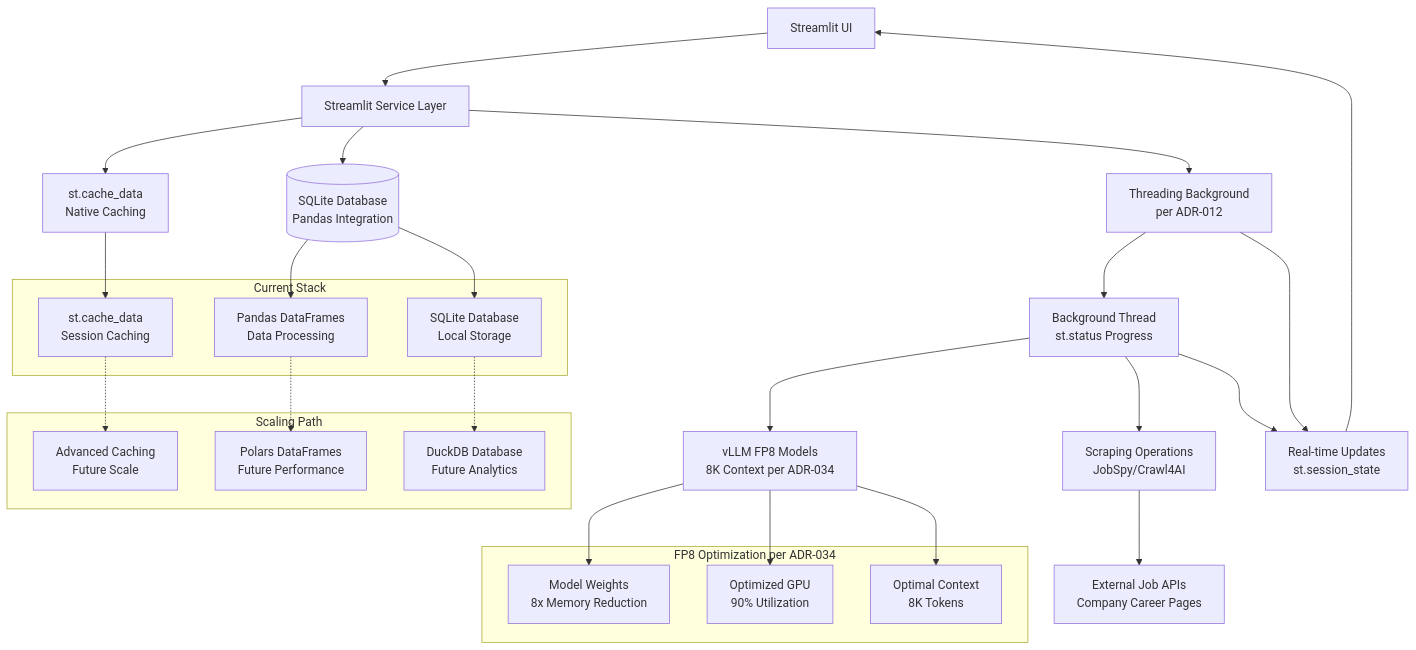
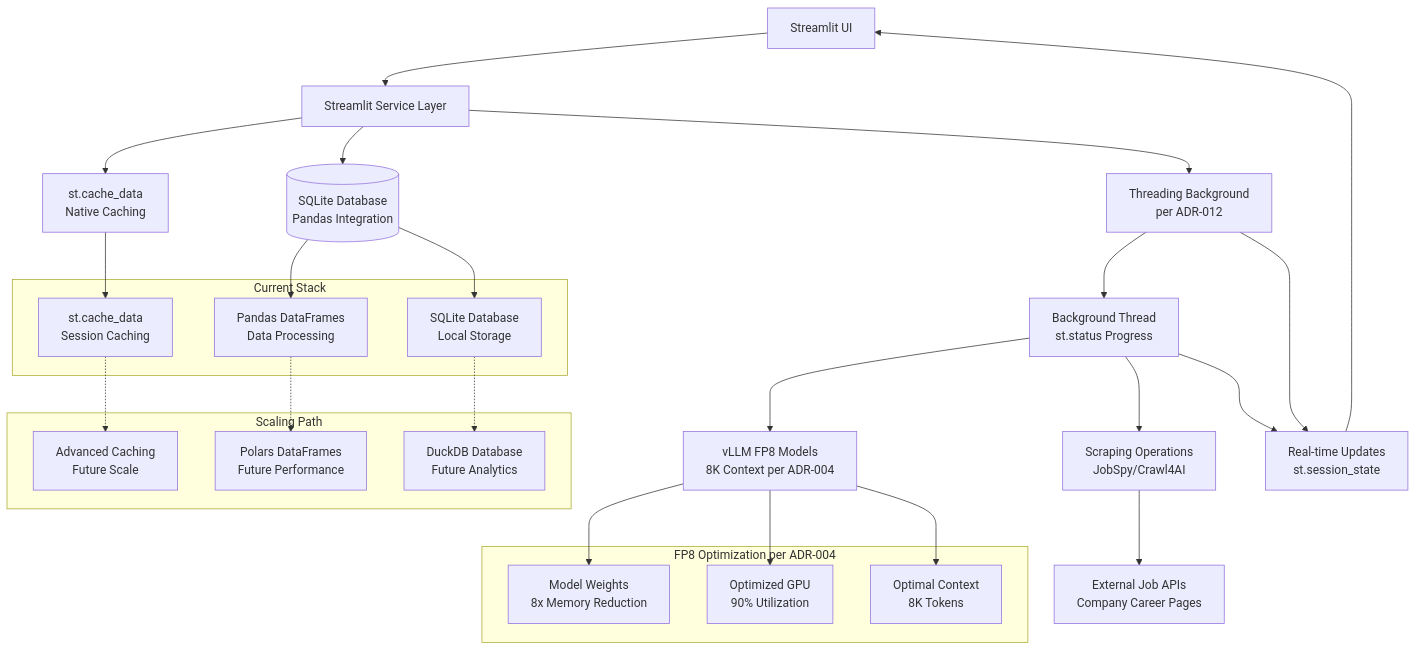
The diagram in docs/adrs/ADR-025-performance-scale-strategy.md (BjornMelin/ai-job-scraper), drawn with Mermaid before and after one commit. The commit also changed other lines of this file and 11 other files, not shown here.

First line of the commit message:
docs: consolidate and archive redundant ADRs for streamlined architecture

````diff
--- a/docs/adrs/ADR-025-performance-scale-strategy.md
+++ b/docs/adrs/ADR-025-performance-scale-strategy.md
@@ -94,48 +94,48 @@
 ```mermaid
 graph TB
     UI[Streamlit UI] --> API[Streamlit Service Layer]
     API --> Cache[st.cache_data<br/>Native Caching]
     API --> DB[(SQLite Database<br/>Pandas Integration)]
     API --> BG[Threading Background<br/>per ADR-012]
     
     BG --> Thread1[Background Thread<br/>st.status Progress]
     BG --> Progress[Real-time Updates<br/>st.session_state]
     
-    Thread1 --> AIModels[vLLM FP8 Models<br/>8K Context per ADR-034]
+    Thread1 --> AIModels[vLLM FP8 Models<br/>8K Context per ADR-004]
     Thread1 --> Scraper[Scraping Operations<br/>JobSpy/Crawl4AI]
     
     Scraper --> External[External Job APIs<br/>Company Career Pages]
     
     Progress --> UI
     Thread1 --> Progress
     
     subgraph "Current Stack"
         S1[Pandas DataFrames<br/>Data Processing]
         S2[SQLite Database<br/>Local Storage]
         S3[st.cache_data<br/>Session Caching]
     end
     
     DB --> S1
     DB --> S2
     Cache --> S3
     
     subgraph "Scaling Path"
         P1[Polars DataFrames<br/>Future Performance]
         P2[DuckDB Database<br/>Future Analytics]
         P3[Advanced Caching<br/>Future Scale]
     end
     
     S1 -.-> P1
     S2 -.-> P2
     S3 -.-> P3
     
-    subgraph "FP8 Optimization per ADR-034"
+    subgraph "FP8 Optimization per ADR-004"
         M1[Model Weights<br/>8x Memory Reduction]
         M2[Optimized GPU<br/>90% Utilization]
         M3[Optimal Context<br/>8K Tokens]
     end
     
     AIModels --> M1
     AIModels --> M2
     AIModels --> M3
 ```
````
